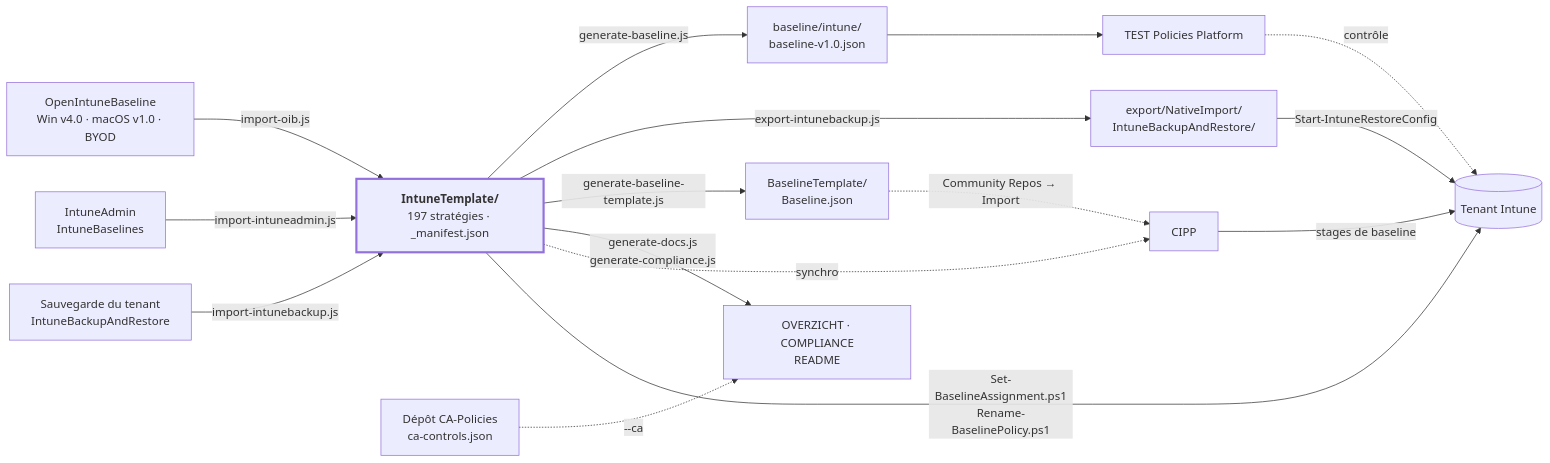
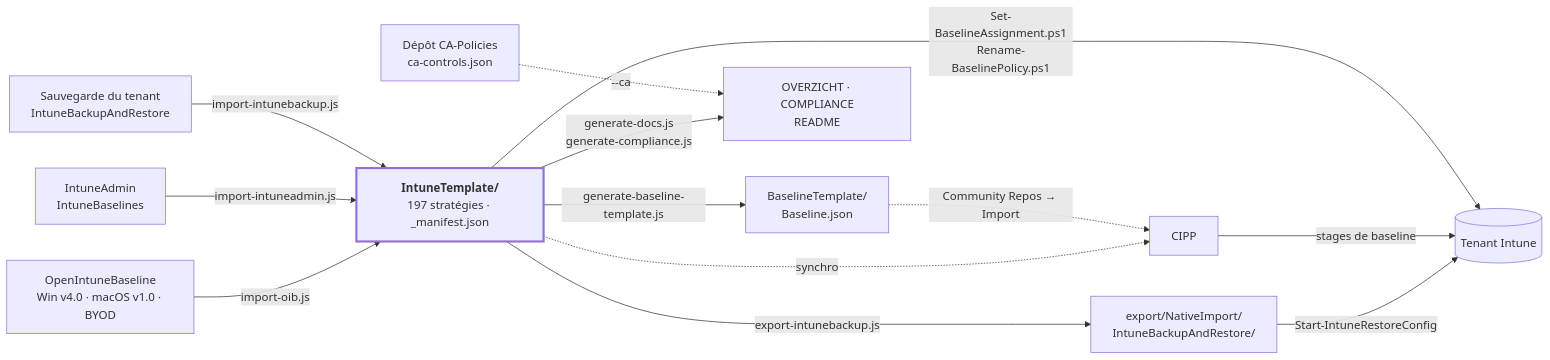
Before and after one commit to sjkanon/IntuneBackup: the diagram in STRUCTUUR.fr.md, drawn with Mermaid. The commit also changed other lines of this file and 678 other files, not shown here.

First line of the commit message:
TEST Policies Platform eruit

````diff
--- a/STRUCTUUR.fr.md
+++ b/STRUCTUUR.fr.md
@@ -25,24 +24,21 @@
 ```mermaid
 flowchart LR
   OIB["OpenIntuneBaseline<br/>Win v4.0 · macOS v1.0 · BYOD"] -->|import-oib.js| T
   IA["IntuneAdmin<br/>IntuneBaselines"] -->|import-intuneadmin.js| T
   BK["Sauvegarde du tenant<br/>IntuneBackupAndRestore"] -->|import-intunebackup.js| T
 
   T["<b>IntuneTemplate/</b><br/>197 stratégies · _manifest.json"]
 
-  T -->|generate-baseline.js| BL["baseline/intune/<br/>baseline-v1.0.json"]
   T -->|export-intunebackup.js| EX["export/NativeImport/<br/>IntuneBackupAndRestore/"]
   T -->|generate-baseline-template.js| BT["BaselineTemplate/<br/>Baseline.json"]
   T -->|generate-docs.js<br/>generate-compliance.js| DOC["OVERZICHT · COMPLIANCE<br/>README"]
   CA["Dépôt CA-Policies<br/>ca-controls.json"] -.->|--ca| DOC
 
   T -.->|synchro| CIPP["CIPP"]
   BT -.->|Community Repos → Import| CIPP
-  BL --> PLAT["TEST Policies Platform"]
   EX -->|Start-IntuneRestoreConfig| TEN[("Tenant Intune")]
   CIPP -->|stages de baseline| TEN
   T -->|Set-BaselineAssignment.ps1<br/>Rename-BaselinePolicy.ps1| TEN
-  PLAT -.->|contrôle| TEN
 
   style T stroke-width:3px
 ```
````
